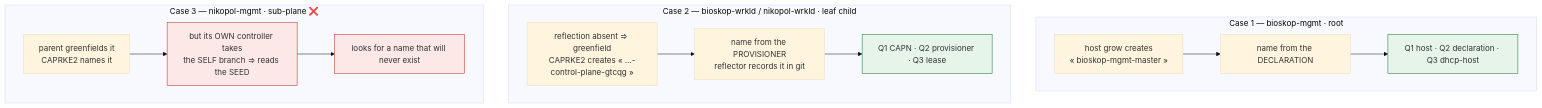
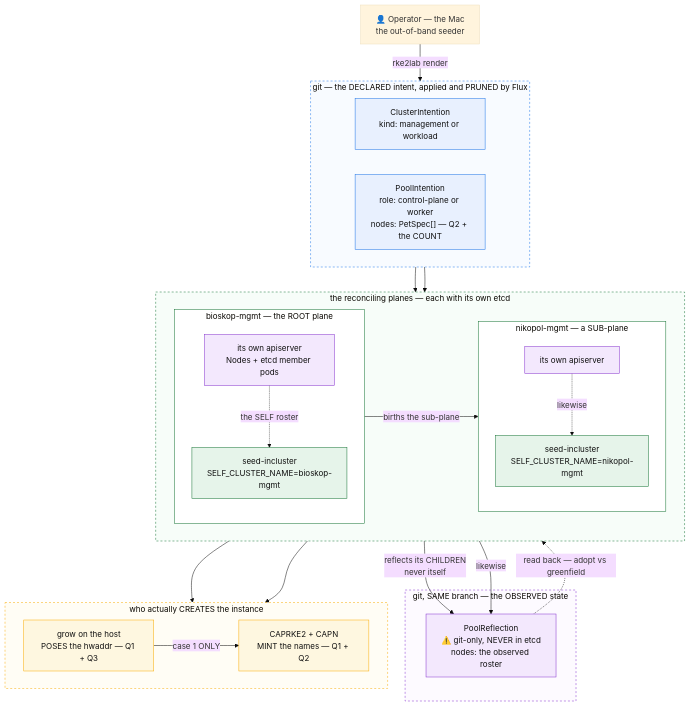
One commit to seedmatic/rke2lab changed diagram 12 of 20 in docs/architecture/cluster-api/cluster-seeding-controller.adoc. Above: the diagram before and after it, drawn with Mermaid (base theme). The commit also changed other lines of this file, not shown here.

First line of the commit message:
docs(cluster-api): six figures for the three declaration cases — and form B is shipped, not planned

```diff
--- a/docs/architecture/cluster-api/cluster-seeding-controller.adoc
+++ b/docs/architecture/cluster-api/cluster-seeding-controller.adoc
@@ -1330,20 +1338,63 @@
-[mermaid,cluster-seeding-declaration-cases,svg]
+[mermaid,cluster-seeding-declaration-context,svg]
 ----
-flowchart TD
-  subgraph C1["Case 1 — bioskop-mgmt · root"]
-    A1["host grow creates<br/>« bioskop-mgmt-master »"] --> B1["name from the DECLARATION"]
-    B1 --> D1["Q1 host · Q2 declaration · Q3 dhcp-host"]
+flowchart TB
+  OP["👤 Operator — the Mac<br/>the out-of-band seeder"]
+
+  subgraph DECL["git — the DECLARED intent, applied and PRUNED by Flux"]
+    direction LR
+    CI["ClusterIntention<br/>kind: management or workload"]
+    PI["PoolIntention<br/>role: control-plane or worker<br/>nodes: PetSpec[] — Q2 + the COUNT"]
   end
-  subgraph C2["Case 2 — bioskop-wrkld / nikopol-wrkld · leaf child"]
-    A2["reflection absent ⇒ greenfield<br/>CAPRKE2 creates « …-control-plane-gtcqg »"] --> B2["name from the PROVISIONER<br/>reflector records it in git"]
-    B2 --> D2["Q1 CAPN · Q2 provisioner · Q3 lease"]
+
+  subgraph PLANES["the reconciling planes — each with its own etcd"]
+    direction LR
+    subgraph ROOT["bioskop-mgmt — the ROOT plane"]
+      direction TB
+      API1["its own apiserver<br/>Nodes + etcd member pods"]
+      CTRL1["seed-incluster<br/>SELF_CLUSTER_NAME=bioskop-mgmt"]
+      API1 -.->|"the SELF roster"| CTRL1
+    end
+    subgraph SUB["nikopol-mgmt — a SUB-plane"]
+      direction TB
+      API2["its own apiserver"]
+      CTRL2["seed-incluster<br/>SELF_CLUSTER_NAME=nikopol-mgmt"]
+      API2 -.->|"likewise"| CTRL2
+    end
   end
-  subgraph C3["Case 3 — nikopol-mgmt · sub-plane ❌"]
-    A3["parent greenfields it<br/>CAPRKE2 names it"] --> B3["but its OWN controller takes<br/>the SELF branch ⇒ reads the SEED"]
-    B3 --> D3["looks for a name that will never exist"]
+
+  subgraph OBS["git, SAME branch — the OBSERVED state"]
+    PR["PoolReflection<br/>⚠️ git-only, NEVER in etcd<br/>nodes: the observed roster"]
   end
-  classDef ok fill:#e6f4ea,stroke:#137333
-  classDef bad fill:#fce8e6,stroke:#c5221f
-  class D1,D2 ok
-  class B3,D3 bad
+
+  subgraph ACT["who actually CREATES the instance"]
+    direction LR
+    HOST["grow on the host<br/>POSES the hwaddr — Q1 + Q3"]
+    CAPI["CAPRKE2 + CAPN<br/>MINT the names — Q1 + Q2"]
+  end
+
+  OP -->|"rke2lab render"| DECL
+  CI --> CTRL1
+  PI --> CTRL1
+  CTRL1 -->|"births the sub-plane"| CTRL2
+  CTRL1 --> CAPI
+  CTRL2 --> CAPI
+  HOST -->|"case 1 ONLY"| CAPI
+  CTRL1 -->|"reflects its CHILDREN<br/>never itself"| PR
+  CTRL2 -->|"likewise"| PR
+  PR -.->|"read back — adopt vs greenfield"| CTRL1
+
+  classDef intent fill:#e8f0fe,stroke:#1a73e8,color:#111
+  classDef ctrl fill:#e6f4ea,stroke:#137333,color:#111
+  classDef act fill:#fef7e0,stroke:#f9ab00,color:#111
+  classDef obsv fill:#f3e8fd,stroke:#8430ce,color:#111
+  class CI,PI intent
+  class CTRL1,CTRL2 ctrl
+  class HOST,CAPI act
+  class API1,API2,PR obsv
+  style DECL fill:#f8fbff,stroke:#1a73e8,stroke-dasharray:4
+  style OBS fill:#fdfaff,stroke:#8430ce,stroke-dasharray:4
+  style PLANES fill:#f7fdf9,stroke:#137333,stroke-dasharray:4
+  style ACT fill:#fffdf5,stroke:#f9ab00,stroke-dasharray:4
+  style ROOT fill:#ffffff,stroke:#137333
+  style SUB fill:#ffffff,stroke:#137333
 ----
```
